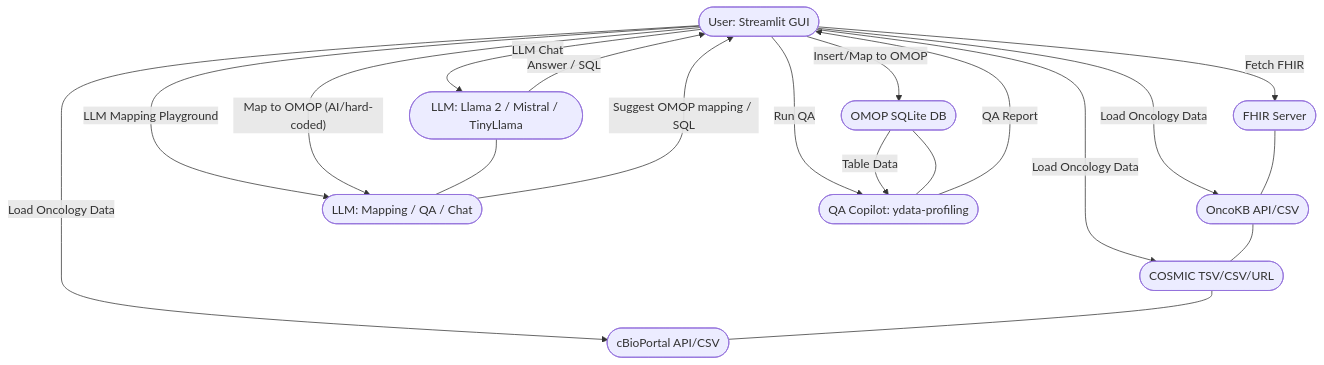
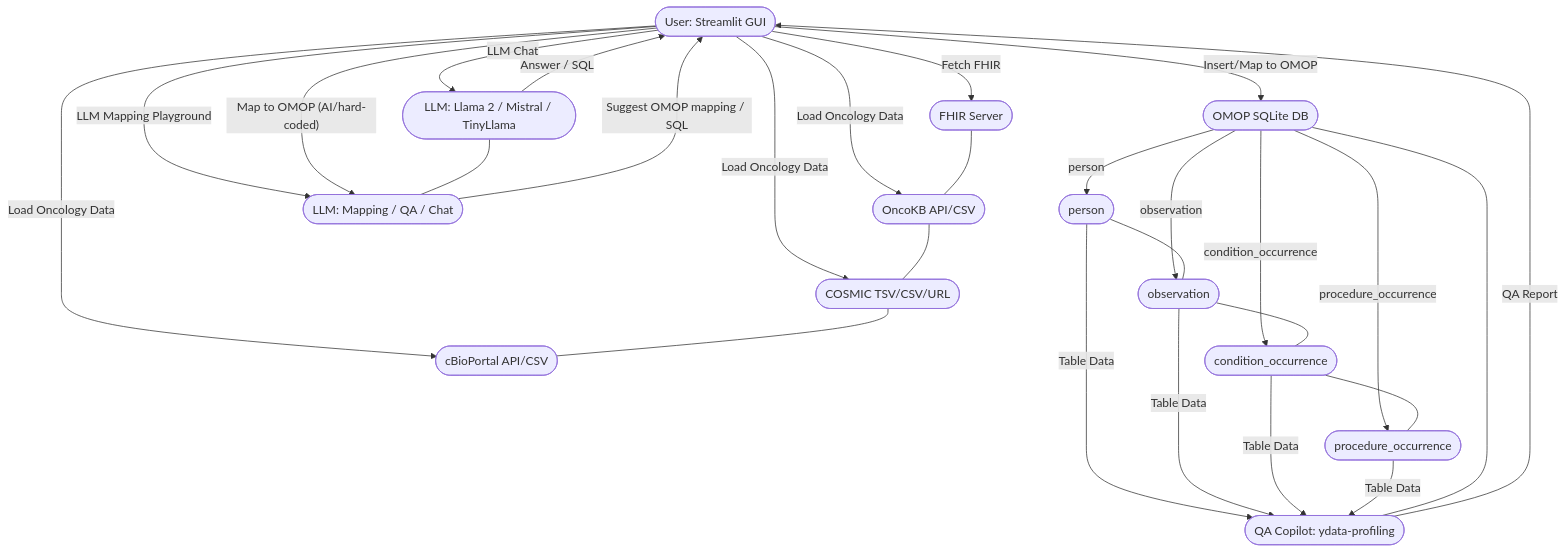
One commit to justin-mbca/fhir_omop_agent changed the first of 2 diagrams in README.md. Above: the diagram before and after it, drawn with Mermaid. The commit also changed other lines of this file and 9 other files, not shown here.

Commit message:
Add standardized OMOP tables, analytics, updated diagrams, and extended ETL/GUI support

````diff
--- a/README.md
+++ b/README.md
@@ -50,48 +51,54 @@
 ```mermaid
 flowchart TD
-    %% User Interaction
-    U1([User: Streamlit GUI])
+   %% User Interaction
+   U1([User: Streamlit GUI])
 
-    %% Data Sources
-    FHIR1([FHIR Server])
-    ONCOKB([OncoKB API/CSV])
-    COSMIC([COSMIC TSV/CSV/URL])
-    CBIO([cBioPortal API/CSV])
+   %% Data Sources
+   FHIR1([FHIR Server])
+   ONCOKB([OncoKB API/CSV])
+   COSMIC([COSMIC TSV/CSV/URL])
+   CBIO([cBioPortal API/CSV])
 
-    %% LLM/AI
-    LLM1([LLM: Llama 2 / Mistral / TinyLlama])
-    LLM2([LLM: Mapping / QA / Chat])
+   %% LLM/AI
+   LLM1([LLM: Llama 2 / Mistral / TinyLlama])
+   LLM2([LLM: Mapping / QA / Chat])
 
-    %% OMOP/DB
-    OMOP1([OMOP SQLite DB])
-    QA([QA Copilot: ydata-profiling])
+   %% OMOP/DB
+   OMOP1([OMOP SQLite DB])
+   PERSON([person])
+   OBS([observation])
+   COND([condition_occurrence])
+   PROC([procedure_occurrence])
+   QA([QA Copilot: ydata-profiling])
 
-    %% Data Flow
-    U1 -- "Fetch FHIR" --> FHIR1
-    U1 -- "Load Oncology Data" --> ONCOKB
-    U1 -- "Load Oncology Data" --> COSMIC
-    U1 -- "Load Oncology Data" --> CBIO
+   %% Data Flow
+   U1 -- "Fetch FHIR" --> FHIR1
+   U1 -- "Load Oncology Data" --> ONCOKB
+   U1 -- "Load Oncology Data" --> COSMIC
+   U1 -- "Load Oncology Data" --> CBIO
 
-    U1 -- "LLM Chat" --> LLM1
-    U1 -- "LLM Mapping Playground" --> LLM2
-    U1 -- "Map to OMOP (AI/hard-coded)" --> LLM2
+   U1 -- "LLM Chat" --> LLM1
+   U1 -- "LLM Mapping Playground" --> LLM2
+   U1 -- "Map to OMOP (AI/hard-coded)" --> LLM2
 
-    LLM2 -- "Suggest OMOP mapping / SQL" --> U1
-    LLM1 -- "Answer / SQL" --> U1
+   LLM2 -- "Suggest OMOP mapping / SQL" --> U1
+   LLM1 -- "Answer / SQL" --> U1
 
-    U1 -- "Insert/Map to OMOP" --> OMOP1
-    U1 -- "Run QA" --> QA
+   U1 -- "Insert/Map to OMOP" --> OMOP1
+   OMOP1 -- "person" --> PERSON
+   OMOP1 -- "observation" --> OBS
+   OMOP1 -- "condition_occurrence" --> COND
+   OMOP1 -- "procedure_occurrence" --> PROC
 
-    OMOP1 -- "Table Data" --> QA
-    QA -- "QA Report" --> U1
+   PERSON -- "Table Data" --> QA
+   OBS -- "Table Data" --> QA
+   COND -- "Table Data" --> QA
+   PROC -- "Table Data" --> QA
+   QA -- "QA Report" --> U1
 
-    %% Layout hints for more spread
-    FHIR1 --- ONCOKB --- COSMIC --- CBIO
-    LLM1 --- LLM2
-    OMOP1 --- QA
-
-    %% Notes
-    %% LLM1: Used for chat, prompt playground, and mapping suggestions
-    %% LLM2: Used for mapping, QA, and SQL generation
-    %% QA: Automated profiling and data quality (AI-powered)
+   %% Layout hints for more spread
+   FHIR1 --- ONCOKB --- COSMIC --- CBIO
+   LLM1 --- LLM2
+   PERSON --- OBS --- COND --- PROC
+   OMOP1 --- QA
 ```
````
